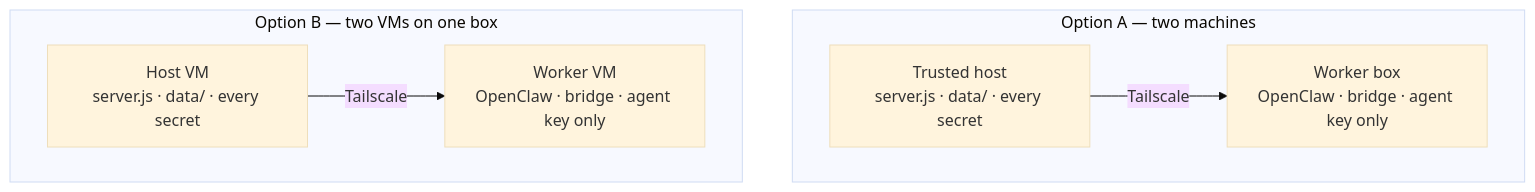
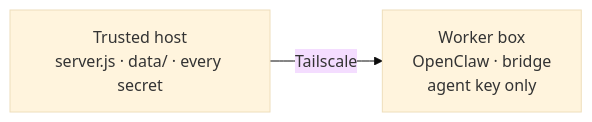
One commit to joergensentroels/Latch changed the first of 2 diagrams in GETTING-STARTED.md. Above: the diagram before and after it, drawn with Mermaid (base theme). The commit also changed other lines of this file and 1 other file, not shown here.

Commit message:
Split the two topologies so they stack, and in the right order
Rendered on GitHub, the single diagram holding both options put Option B on the
LEFT and Option A on the right — mermaid lays unconnected subgraphs out
side by side, and nothing said which came first — and the pair was wider than
the 846px column, so Option A's worker node sat under the pan/zoom controls.

Two blocks instead of one, each two nodes wide. Markdown decides the order, so
it is the order I wrote, and neither is wide enough to clip.

Same fix in both files. Found the same way as the last one: by loading the
pushed page and looking at it.

````diff
--- a/GETTING-STARTED.md
+++ b/GETTING-STARTED.md
@@ -20,15 +22,4 @@
 ```mermaid
-flowchart TB
-  subgraph A["Option A — two machines"]
-    direction LR
-    A1["Trusted host<br/>server.js · data/ · every secret"]
-    A2["Worker box<br/>OpenClaw · bridge · agent key only"]
-    A1 -- "Tailscale" --> A2
-  end
-  subgraph B["Option B — two VMs on one box"]
-    direction LR
-    B1["Host VM<br/>server.js · data/ · every secret"]
-    B2["Worker VM<br/>OpenClaw · bridge · agent key only"]
-    B1 -- "Tailscale" --> B2
-  end
+flowchart LR
+  A1["Trusted host<br/>server.js · data/ · every secret"] -- "Tailscale" --> A2["Worker box<br/>OpenClaw · bridge<br/>agent key only"]
 ```
````
